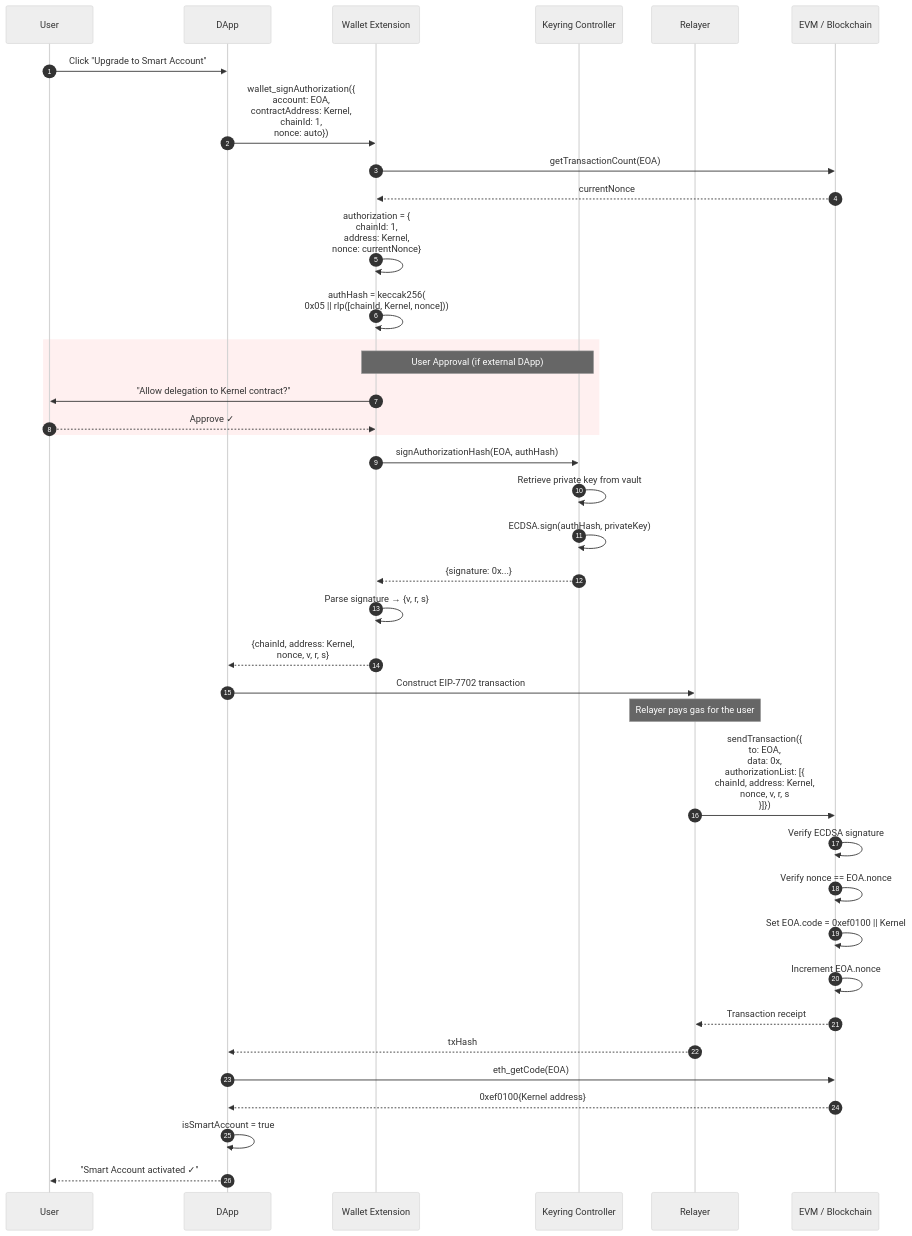
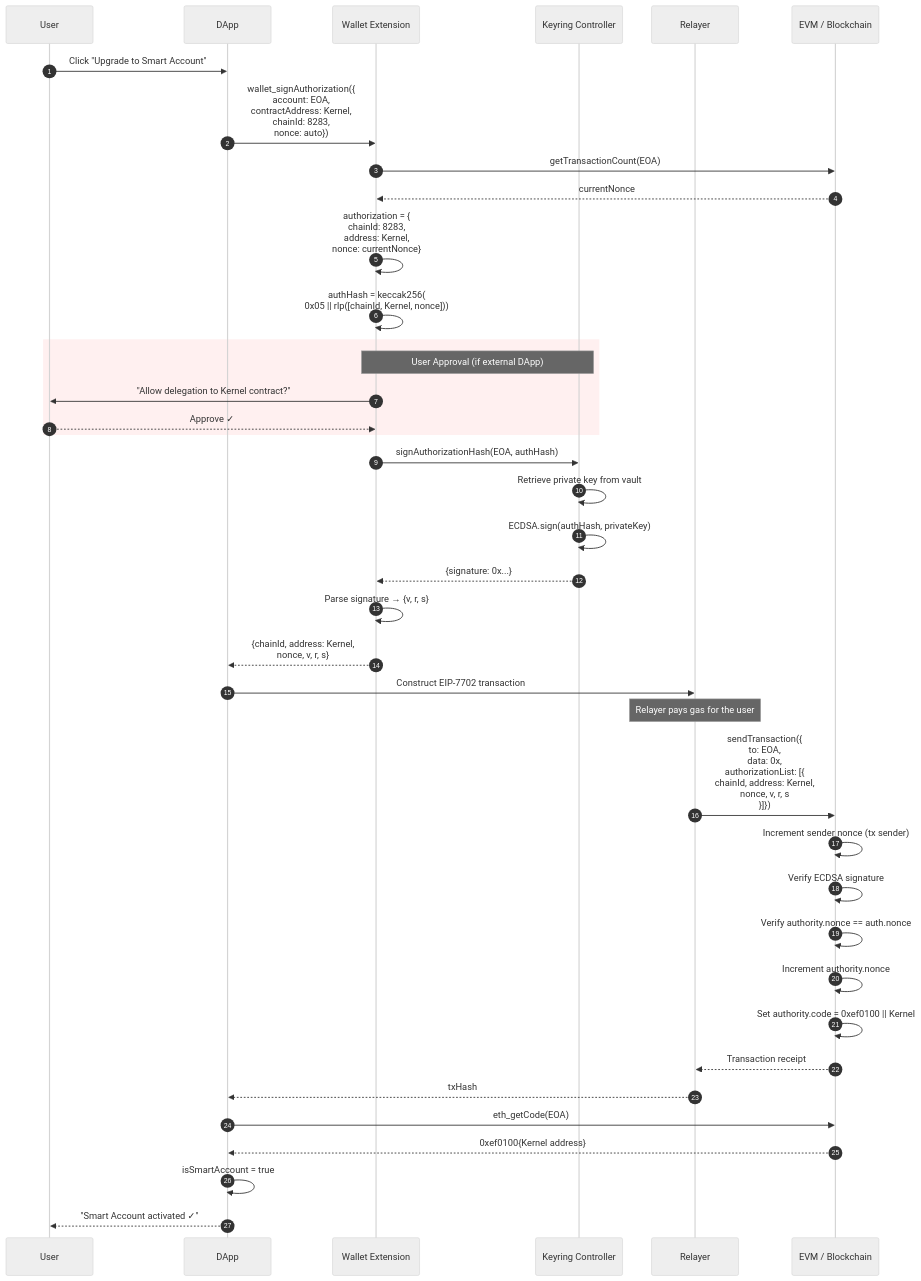
Before and after one commit to onlyhyde/stable-platform: the third of 9 diagrams in docs/claude/spec/ERC4337_EIP7702_SEQUENCE_DIAGRAM.md, drawn with Mermaid (neutral theme). The commit also changed other lines of this file and 248 other files, not shown here.

````diff
--- a/docs/claude/spec/ERC4337_EIP7702_SEQUENCE_DIAGRAM.md
+++ b/docs/claude/spec/ERC4337_EIP7702_SEQUENCE_DIAGRAM.md
@@ -138,51 +188,52 @@
 ```mermaid
 sequenceDiagram
     autonumber
     participant U as User
     participant D as DApp
     participant W as Wallet Extension
     participant KC as Keyring Controller
     participant R as Relayer
     participant EVM as EVM / Blockchain
 
     U->>D: Click "Upgrade to Smart Account"
-    D->>W: wallet_signAuthorization({<br/>account: EOA,<br/>contractAddress: Kernel,<br/>chainId: 1,<br/>nonce: auto})
+    D->>W: wallet_signAuthorization({<br/>account: EOA,<br/>contractAddress: Kernel,<br/>chainId: 8283,<br/>nonce: auto})
 
     W->>EVM: getTransactionCount(EOA)
     EVM-->>W: currentNonce
 
-    W->>W: authorization = {<br/>chainId: 1,<br/>address: Kernel,<br/>nonce: currentNonce}
+    W->>W: authorization = {<br/>chainId: 8283,<br/>address: Kernel,<br/>nonce: currentNonce}
 
     W->>W: authHash = keccak256(<br/>0x05 || rlp([chainId, Kernel, nonce]))
 
     rect rgb(255, 240, 240)
         Note over W,KC: User Approval (if external DApp)
         W->>U: "Allow delegation to Kernel contract?"
         U-->>W: Approve ✓
     end
 
     W->>KC: signAuthorizationHash(EOA, authHash)
     KC->>KC: Retrieve private key from vault
     KC->>KC: ECDSA.sign(authHash, privateKey)
     KC-->>W: {signature: 0x...}
 
     W->>W: Parse signature → {v, r, s}
     W-->>D: {chainId, address: Kernel,<br/>nonce, v, r, s}
 
     D->>R: Construct EIP-7702 transaction
     Note over R: Relayer pays gas for the user
 
     R->>EVM: sendTransaction({<br/>to: EOA,<br/>data: 0x,<br/>authorizationList: [{<br/>chainId, address: Kernel,<br/>nonce, v, r, s<br/>}]})
 
+    EVM->>EVM: Increment sender nonce (tx sender)
     EVM->>EVM: Verify ECDSA signature
-    EVM->>EVM: Verify nonce == EOA.nonce
-    EVM->>EVM: Set EOA.code = 0xef0100 || Kernel
-    EVM->>EVM: Increment EOA.nonce
+    EVM->>EVM: Verify authority.nonce == auth.nonce
+    EVM->>EVM: Increment authority.nonce
+    EVM->>EVM: Set authority.code = 0xef0100 || Kernel
     EVM-->>R: Transaction receipt
 
     R-->>D: txHash
     D->>EVM: eth_getCode(EOA)
     EVM-->>D: 0xef0100{Kernel address}
     D->>D: isSmartAccount = true
     D-->>U: "Smart Account activated ✓"
 ```
````
